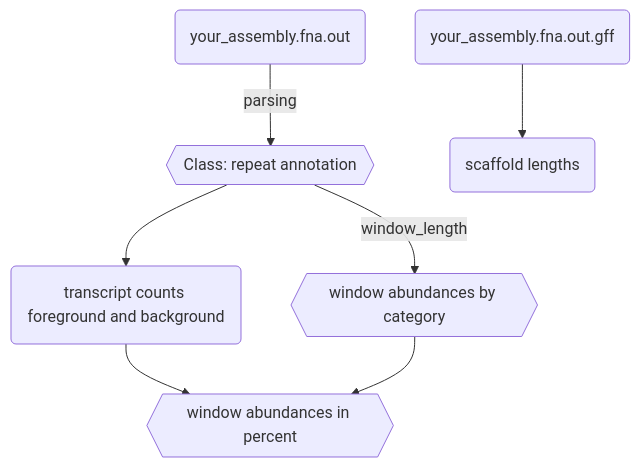
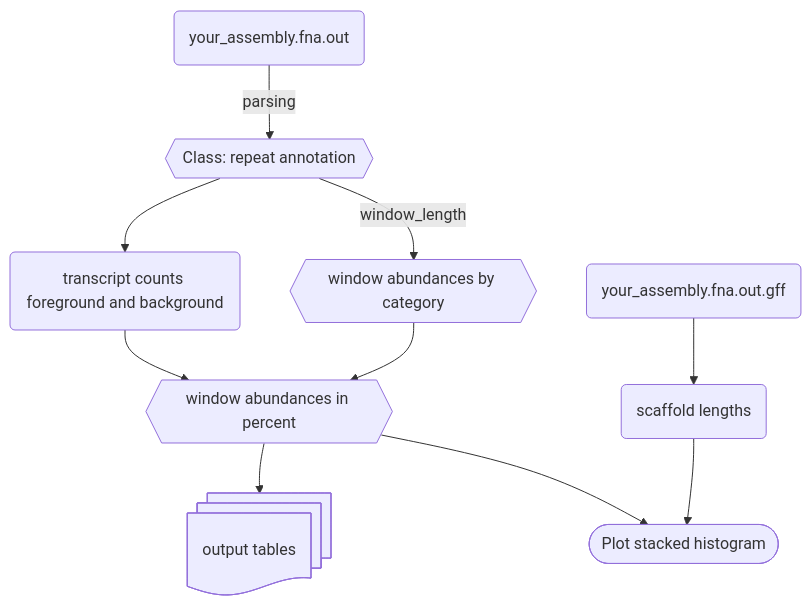
One commit to milena-t/ReVis changed the diagram in README.md. Above: the diagram before and after it, drawn with Mermaid.

Commit message:
more mermaid

````diff
--- a/README.md
+++ b/README.md
@@ -68,11 +68,15 @@
 ```mermaid
 graph TD;
     infile_out(your_assembly.fna.out);
     infile_out -- parsing --> rep_annot{{Class: repeat annotation}};
     rep_annot -- window_length --> win_ab{{window abundances by category}};
     rep_annot --> tr_count(transcript counts foreground and background);
     tr_count --> win_prop{{window abundances in percent}}
     win_ab --> win_prop
     infile_gff(your_assembly.fna.out.gff);
     infile_gff --> contig_coords(scaffold lengths);
+
+    win_prop --> out_tab@{ shape: docs, label: "output tables" }
+    win_prop --> plot([Plot stacked histogram])
+    contig_coords --> plot
 ```   
````
